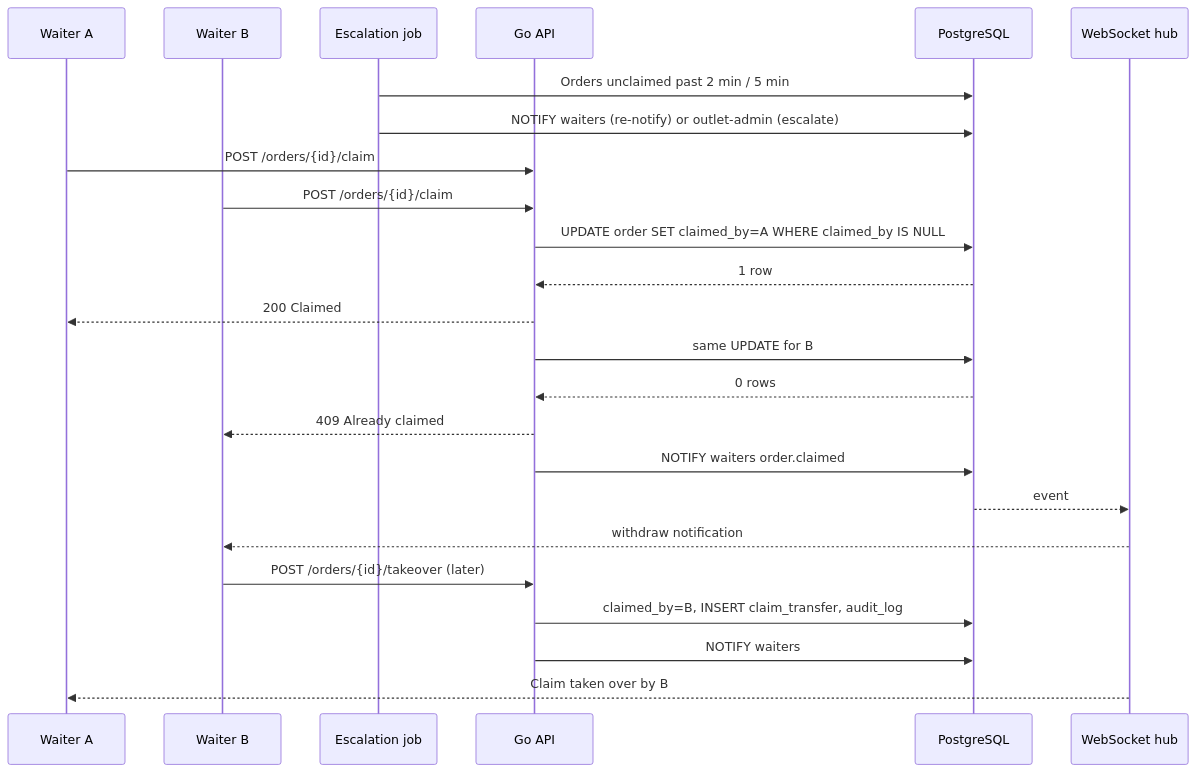
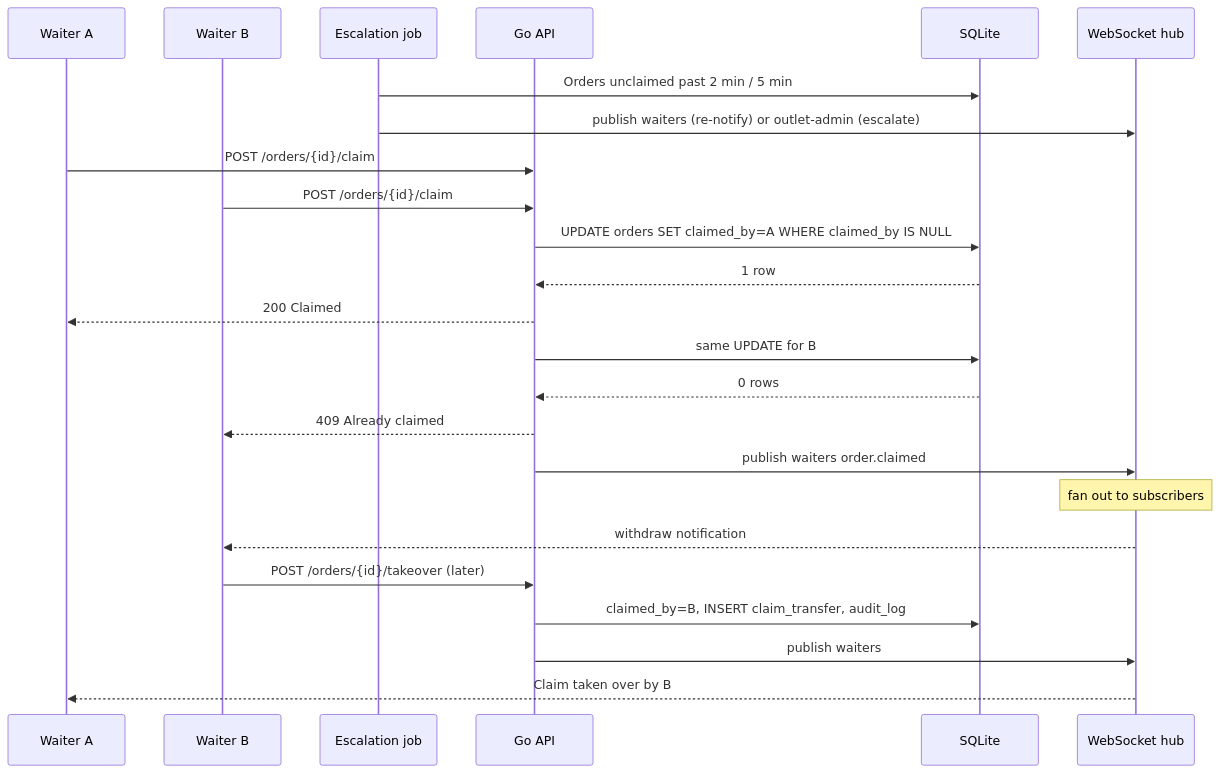
One commit to morpikssolutionsDev/Shusi_latte changed diagram 28 of 35 in docs/OVERVIEW-AND-FLOWS.md. Above: the diagram before and after it, drawn with Mermaid. The commit also changed other lines of this file and 105 other files, not shown here.

````diff
--- a/docs/OVERVIEW-AND-FLOWS.md
+++ b/docs/OVERVIEW-AND-FLOWS.md
@@ -726,26 +728,26 @@
 ```mermaid
 sequenceDiagram
   participant W1 as Waiter A
   participant W2 as Waiter B
   participant J as Escalation job
   participant API as Go API
-  participant DB as PostgreSQL
+  participant DB as SQLite
   participant HUB as WebSocket hub
   J->>DB: Orders unclaimed past 2 min / 5 min
-  J->>DB: NOTIFY waiters (re-notify) or outlet-admin (escalate)
+  J->>HUB: publish waiters (re-notify) or outlet-admin (escalate)
   W1->>API: POST /orders/{id}/claim
   W2->>API: POST /orders/{id}/claim
-  API->>DB: UPDATE order SET claimed_by=A WHERE claimed_by IS NULL
+  API->>DB: UPDATE orders SET claimed_by=A WHERE claimed_by IS NULL
   DB-->>API: 1 row
   API-->>W1: 200 Claimed
   API->>DB: same UPDATE for B
   DB-->>API: 0 rows
   API-->>W2: 409 Already claimed
-  API->>DB: NOTIFY waiters order.claimed
-  DB-->>HUB: event
+  API->>HUB: publish waiters order.claimed
+  Note over HUB: fan out to subscribers
   HUB-->>W2: withdraw notification
   W2->>API: POST /orders/{id}/takeover (later)
   API->>DB: claimed_by=B, INSERT claim_transfer, audit_log
-  API->>DB: NOTIFY waiters
+  API->>HUB: publish waiters
   HUB-->>W1: Claim taken over by B
 ```
````
